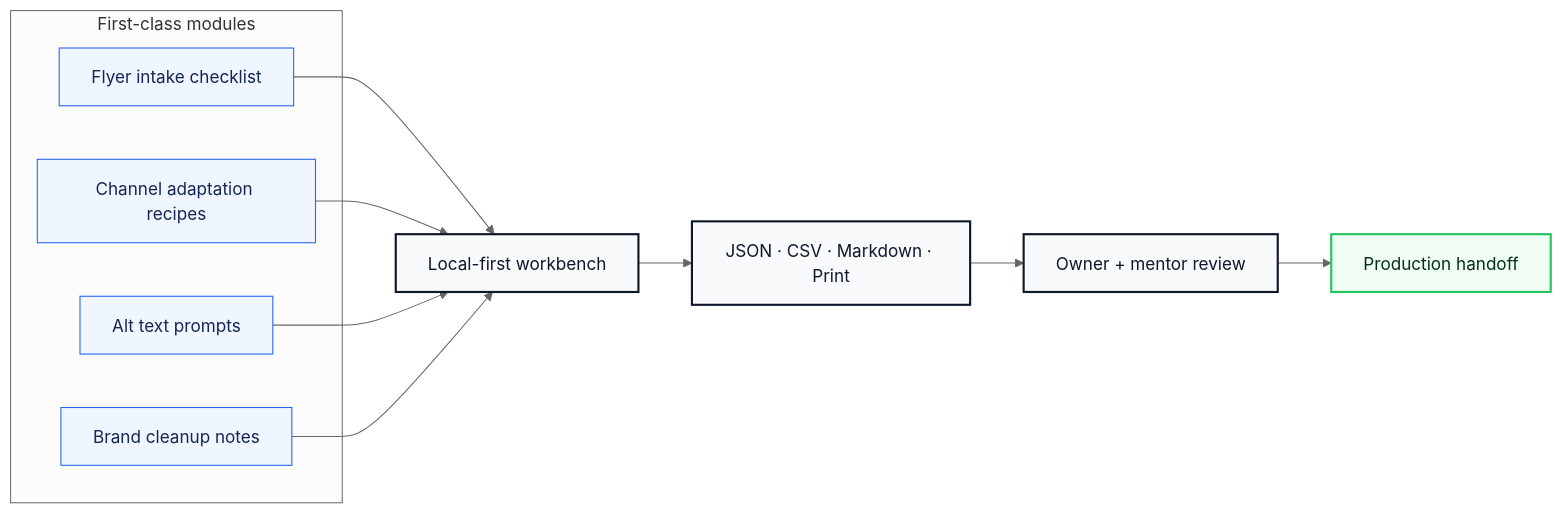
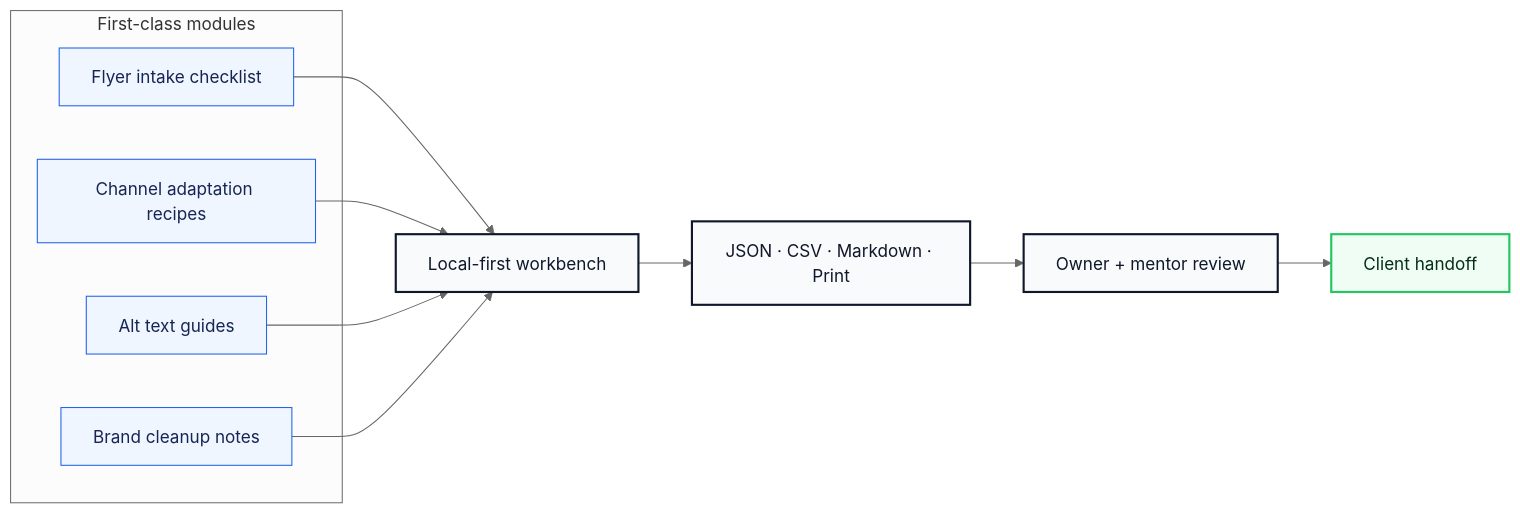
The second of 3 diagrams in README.md (volta-npo/flyer-to-post-kit), drawn with Mermaid (neutral theme) before and after one commit. The commit also changed other lines of this file and 28 other files, not shown here.

````diff
--- a/README.md
+++ b/README.md
@@ -64,23 +64,23 @@
 ```mermaid
 flowchart LR
     subgraph Modules["First-class modules"]
         M1["Flyer intake checklist"]
         M2["Channel adaptation recipes"]
-        M3["Alt text prompts"]
+        M3["Alt text guides"]
         M4["Brand cleanup notes"]
     end
     M1 --> Workbench
     M2 --> Workbench
     M3 --> Workbench
     M4 --> Workbench
     Workbench["Local-first workbench"] --> Exports["JSON · CSV · Markdown · Print"]
     Exports --> Review["Owner + mentor review"]
-    Review --> Launch["Production handoff"]
+    Review --> Launch["Client handoff"]
 
     classDef module fill:#eff6ff,stroke:#2563eb,color:#172554;
     classDef app fill:#f8fafc,stroke:#0f172a,color:#0f172a,stroke-width:2px;
     classDef launch fill:#f0fdf4,stroke:#22c55e,color:#052e16,stroke-width:2px;
     class M1,M2,M3,M4 module;
     class Workbench,Exports,Review app;
     class Launch launch;
 ```
````
